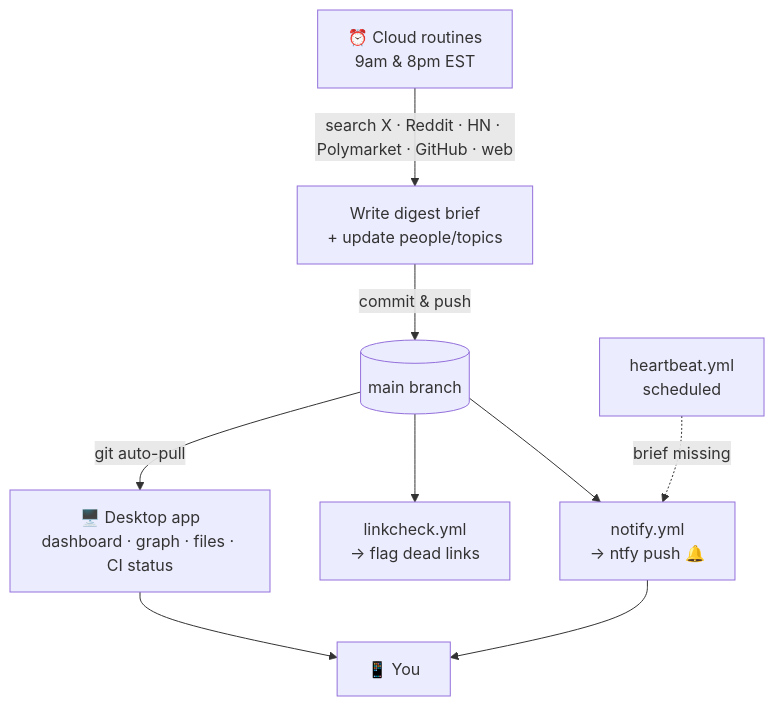
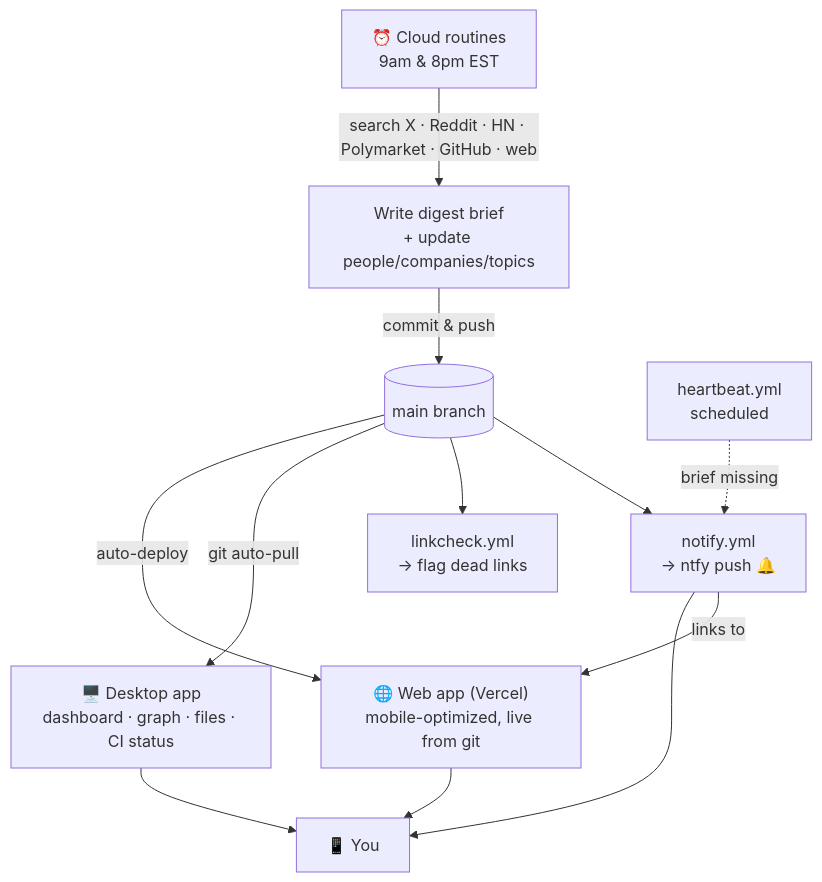
One commit to krish-shahh/ai-intel changed the diagram in README.md. Above: the diagram before and after it, drawn with Mermaid. The commit also changed other lines of this file and 2 other files, not shown here.

First line of the commit message:
Document the hosted web app, auto-discovery, and point notify.yml at it

````diff
--- a/README.md
+++ b/README.md
@@ -11,11 +15,14 @@
 ```mermaid
 flowchart TD
-    R["⏰ Cloud routines<br/>9am &amp; 8pm EST"] -->|search X · Reddit · HN · Polymarket · GitHub · web| W["Write digest brief<br/>+ update people/topics"]
+    R["⏰ Cloud routines<br/>9am &amp; 8pm EST"] -->|search X · Reddit · HN · Polymarket · GitHub · web| W["Write digest brief<br/>+ update people/companies/topics"]
     W -->|commit &amp; push| M[("main branch")]
     M --> N["notify.yml<br/>→ ntfy push 🔔"]
     M --> L["linkcheck.yml<br/>→ flag dead links"]
     H["heartbeat.yml<br/>scheduled"] -.->|brief missing| N
     M -->|git auto-pull| A["🖥️ Desktop app<br/>dashboard · graph · files · CI status"]
+    M -->|auto-deploy| B["🌐 Web app (Vercel)<br/>mobile-optimized, live from git"]
+    N -->|links to| B
     N --> U["📱 You"]
     A --> U
+    B --> U
 ```
````
